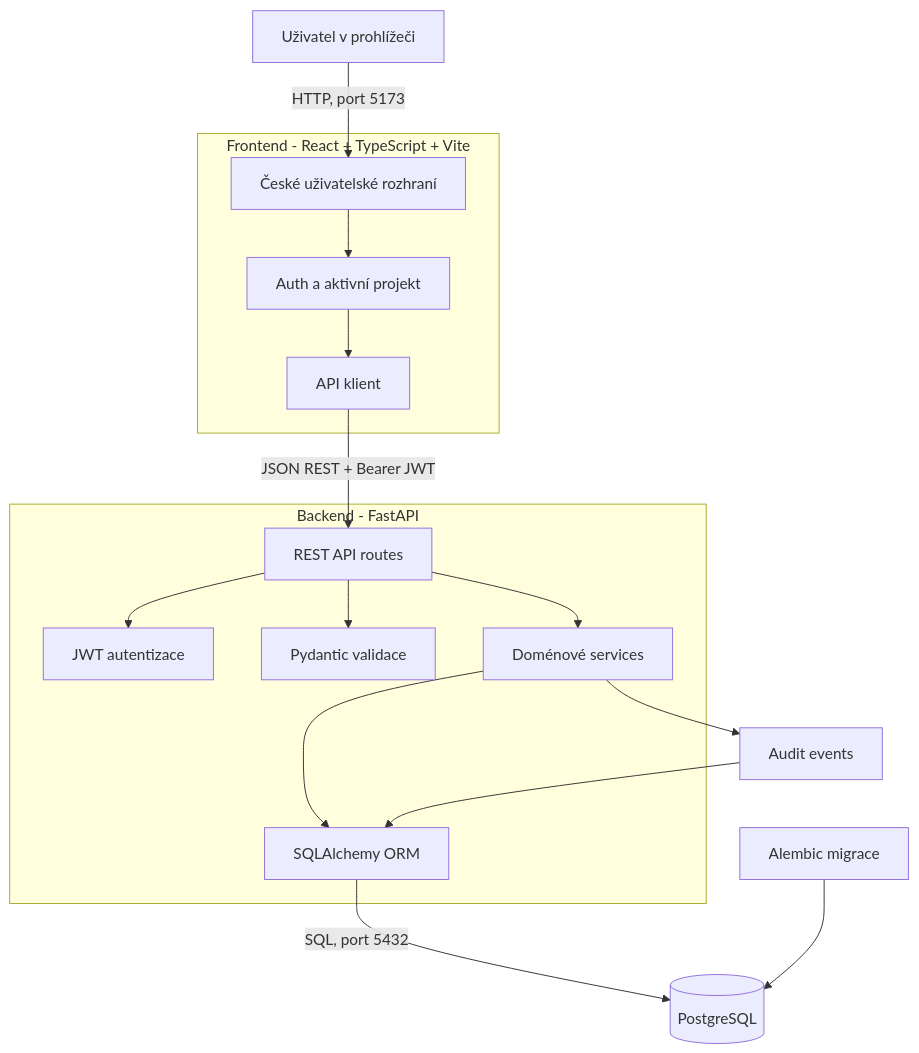
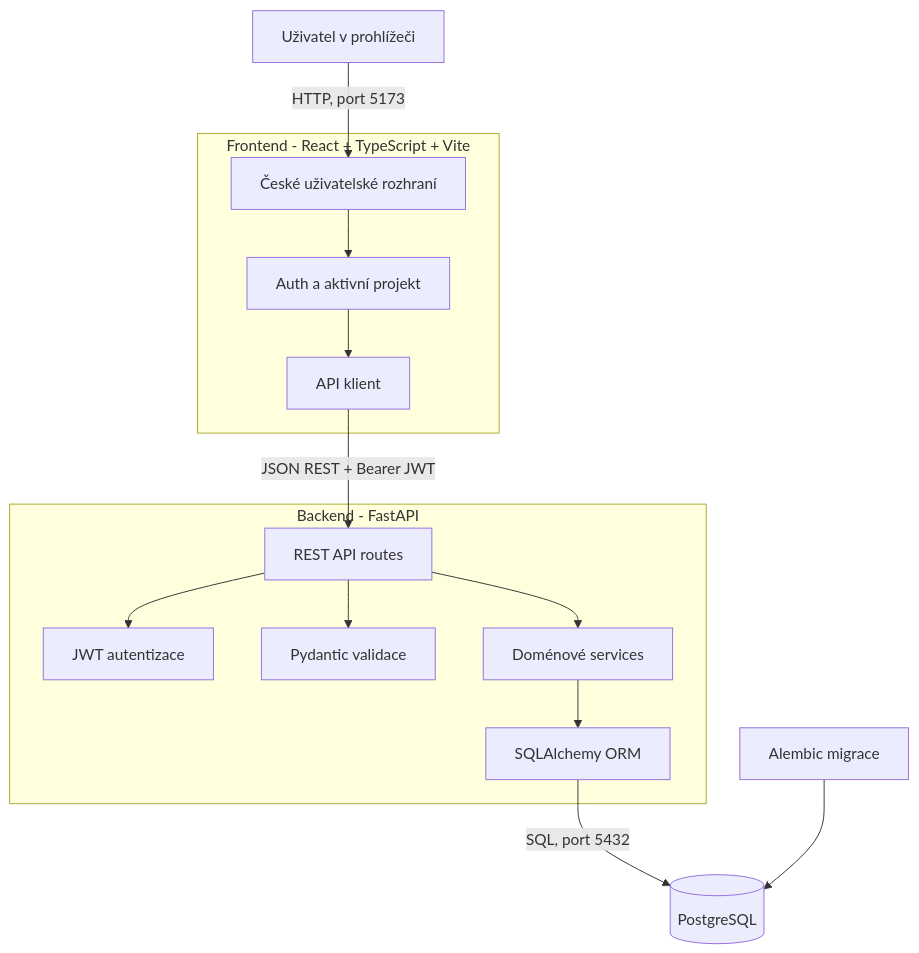
One commit to zW-iwnl/LOL changed the fourth of 6 diagrams in docs/zadani-a-architektura.md. Above: the diagram before and after it, drawn with Mermaid. The commit also changed other lines of this file and 182 other files, not shown here.

````diff
--- a/docs/zadani-a-architektura.md
+++ b/docs/zadani-a-architektura.md
@@ -145,35 +120,32 @@
 ```mermaid
 flowchart TB
     U[Uživatel v prohlížeči]
 
     subgraph FE[Frontend - React + TypeScript + Vite]
         UI[České uživatelské rozhraní]
         CTX[Auth a aktivní projekt]
         API[API klient]
         UI --> CTX
         CTX --> API
     end
 
     subgraph BE[Backend - FastAPI]
         ROUTES[REST API routes]
         AUTH[JWT autentizace]
         SCHEMAS[Pydantic validace]
         SERVICES[Doménové services]
         ORM[SQLAlchemy ORM]
         ROUTES --> AUTH
         ROUTES --> SCHEMAS
         ROUTES --> SERVICES
         SERVICES --> ORM
     end
 
     DB[(PostgreSQL)]
     MIG[Alembic migrace]
-    AUDIT[Audit events]
 
     U -->|HTTP, port 5173| UI
     API -->|JSON REST + Bearer JWT| ROUTES
     ORM -->|SQL, port 5432| DB
-    SERVICES --> AUDIT
-    AUDIT --> ORM
     MIG --> DB
 ```
````
